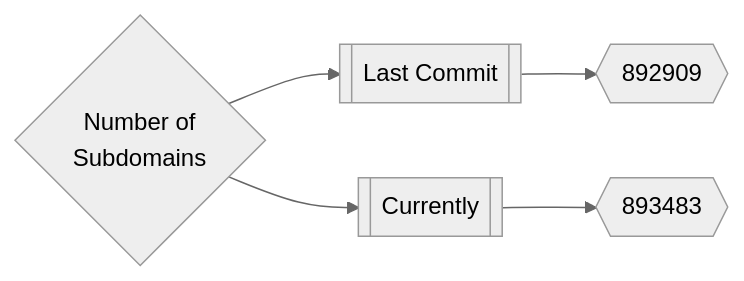
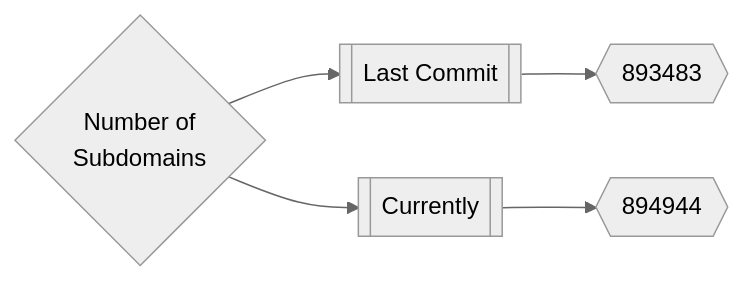
One commit to trickest/inventory changed the first of 3 diagrams in README.md. Above: the diagram before and after it, drawn with Mermaid (neutral theme). The commit also changed other lines of this file, not shown here.

Commit message:
Update README.md Wed Jun 29 14:52:45 UTC 2022

````diff
--- a/README.md
+++ b/README.md
@@ -167,5 +167,5 @@
 ```mermaid
 graph LR
-title{Number of<br>Subdomains} --> subdomainsDate1[[Last Commit]] --> subdomainsNum1{{892909}}
-title --> subdomainsDate2[[Currently]] --> subdomainsNum2{{893483}}
+title{Number of<br>Subdomains} --> subdomainsDate1[[Last Commit]] --> subdomainsNum1{{893483}}
+title --> subdomainsDate2[[Currently]] --> subdomainsNum2{{894944}}
 ```
````
